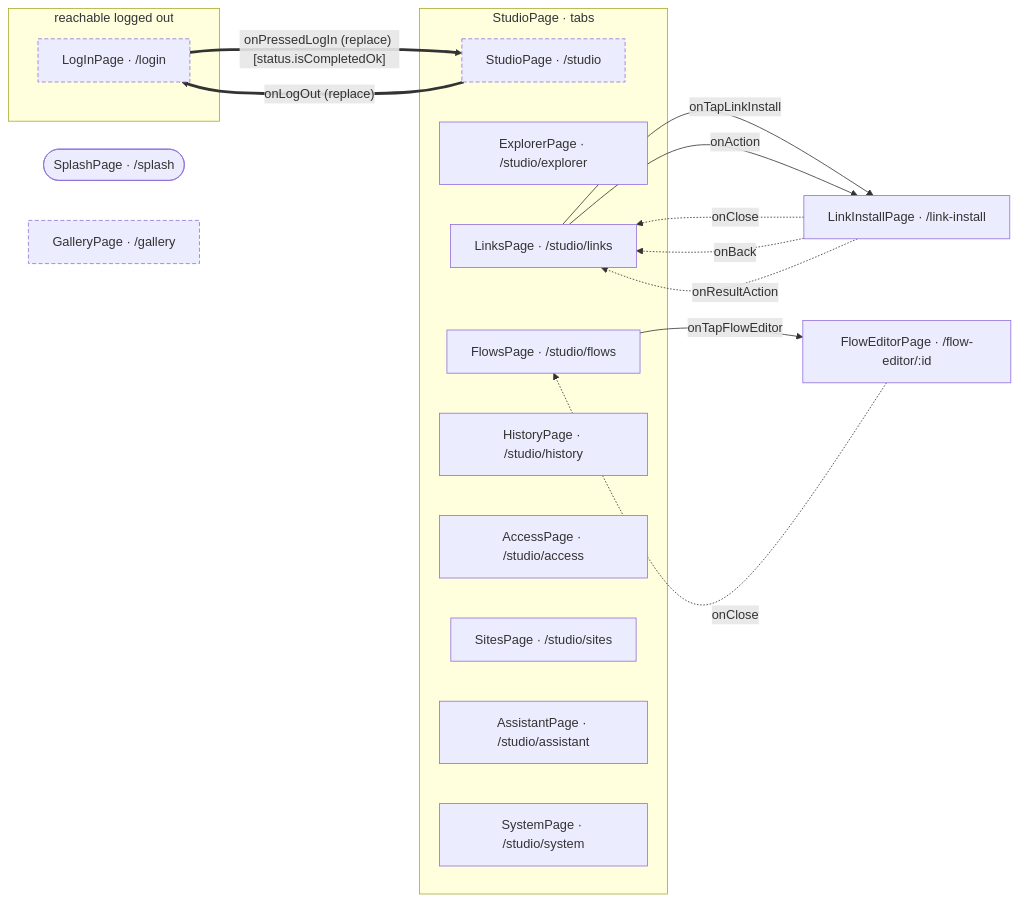
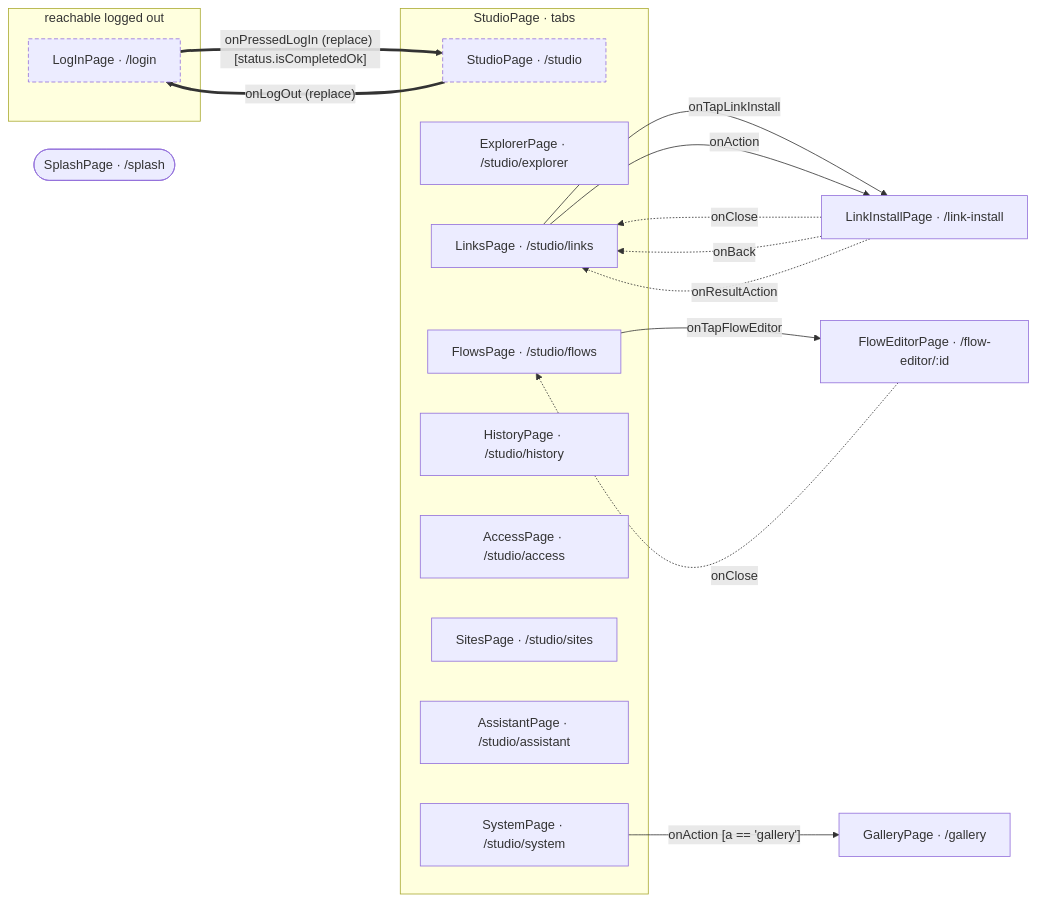
One commit to gencto/wyrm changed the diagram in studio/docs/flows/README.md. Above: the diagram before and after it, drawn with Mermaid. The commit also changed other lines of this file and 51 other files, not shown here.

First line of the commit message:
studio: phase 11, History, Access and System

````diff
--- a/studio/docs/flows/README.md
+++ b/studio/docs/flows/README.md
@@ -7,34 +7,35 @@
 ```mermaid
 flowchart LR
     subgraph frxPublic["reachable logged out"]
         logIn["LogInPage · /login"]
     end
     splash(["SplashPage · /splash"])
     gallery["GalleryPage · /gallery"]
     subgraph frxTabs_studio["StudioPage · tabs"]
         studio["StudioPage · /studio"]
         explorer["ExplorerPage · /studio/explorer"]
         links["LinksPage · /studio/links"]
         flows["FlowsPage · /studio/flows"]
         history["HistoryPage · /studio/history"]
         access["AccessPage · /studio/access"]
         sites["SitesPage · /studio/sites"]
         assistant["AssistantPage · /studio/assistant"]
         system["SystemPage · /studio/system"]
     end
     linkInstall["LinkInstallPage · /link-install"]
     flowEditor["FlowEditorPage · /flow-editor/:id"]
 
     logIn ==>|"onPressedLogIn (replace) [status.isCompletedOk]"| studio
     studio ==>|"onLogOut (replace)"| logIn
     links -->|"onTapLinkInstall"| linkInstall
     links -->|"onAction"| linkInstall
     flows -->|"onTapFlowEditor"| flowEditor
+    system -->|"onAction [a == 'gallery']"| gallery
     linkInstall -.->|"onClose"| links
     linkInstall -.->|"onBack"| links
     linkInstall -.->|"onResultAction"| links
     flowEditor -.->|"onClose"| flows
 
     classDef frxEntry stroke-dasharray: 5 3
-    class logIn,gallery,studio frxEntry
+    class logIn,studio frxEntry
 ```
````
